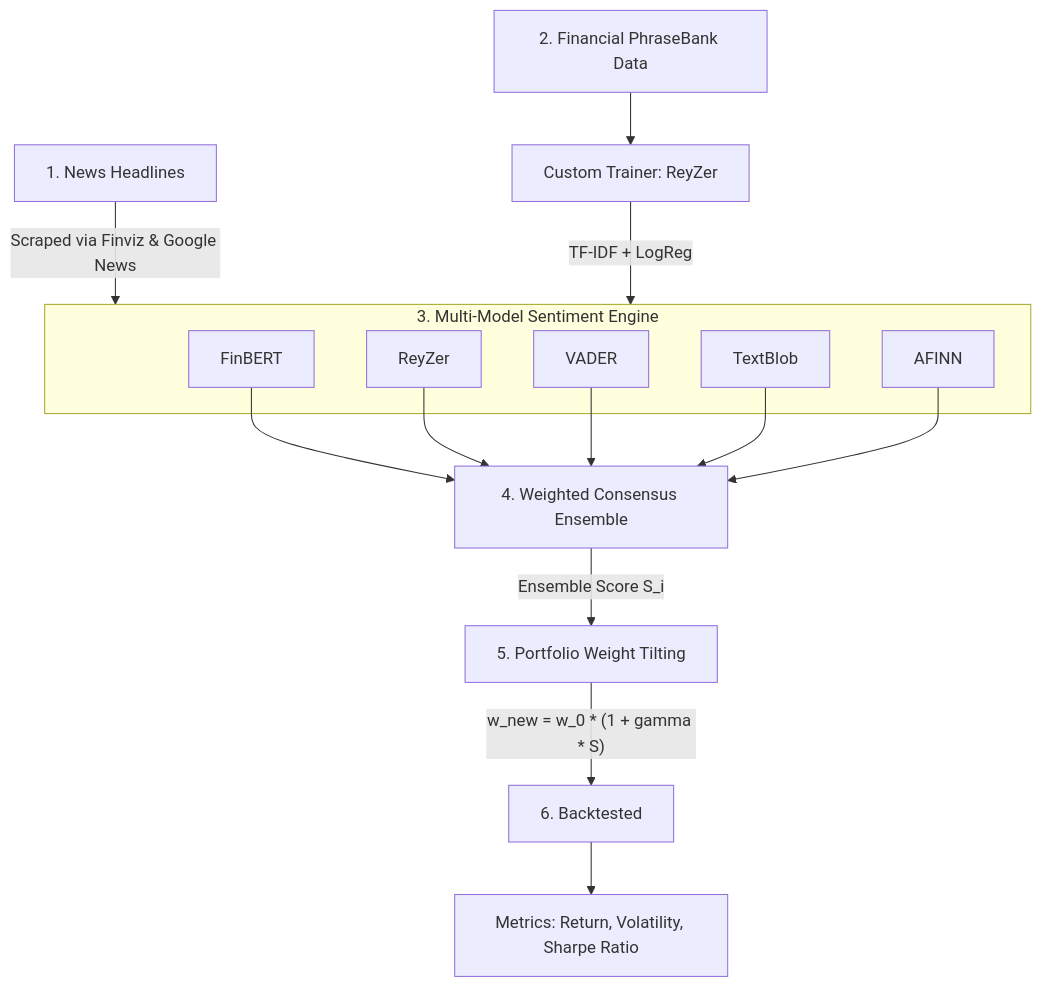
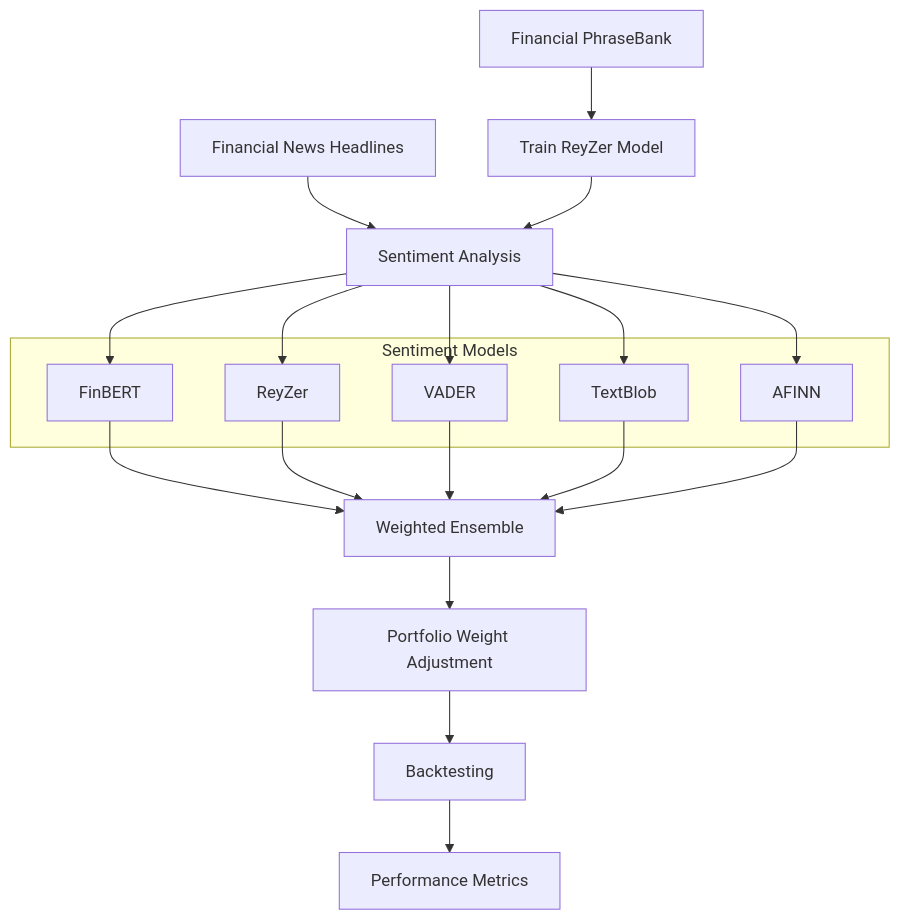
The diagram in README.md (creydit/Stock-Portfolio-Management), drawn with Mermaid before and after one commit. The commit also changed other lines of this file, not shown here.

````diff
--- a/README.md
+++ b/README.md
@@ -19,29 +19,30 @@
 ```mermaid
 graph TD
-    %% Input Nodes
-    A[1. News Headlines] -->|Scraped via Finviz & Google News| C[3. Multi-Model Sentiment Engine]
-    B[2. Financial PhraseBank Data] --> M[Custom Trainer: ReyZer]
-    M -->|TF-IDF + LogReg| C
+    A[Financial News Headlines] --> B[Sentiment Analysis]
+    C[Financial PhraseBank] --> D[Train ReyZer Model]
+    D --> B
 
-    %% Sentiment Suite
-    subgraph C [3. Multi-Model Sentiment Engine]
-        C1[FinBERT]
-        C2[ReyZer]
-        C3[VADER]
-        C4[TextBlob]
-        C5[AFINN]
+    subgraph Sentiment Models
+        E[FinBERT]
+        F[ReyZer]
+        G[VADER]
+        H[TextBlob]
+        I[AFINN]
     end
 
-    %% Consensus & Tilting
-    C1 --> D[4. Weighted Consensus Ensemble]
-    C2 --> D
-    C3 --> D
-    C4 --> D
-    C5 --> D
-    
-    D -->|Ensemble Score S_i| E[5. Portfolio Weight Tilting]
-    
-    %% Backtest
-    E -->|"w_new = w_0 * (1 + gamma * S)"| F[6. Backtested]
-    F --> G[Metrics: Return, Volatility, Sharpe Ratio]
+    B --> E
+    B --> F
+    B --> G
+    B --> H
+    B --> I
+
+    E --> J[Weighted Ensemble]
+    F --> J
+    G --> J
+    H --> J
+    I --> J
+
+    J --> K[Portfolio Weight Adjustment]
+    K --> L[Backtesting]
+    L --> M[Performance Metrics]
 ```
````
